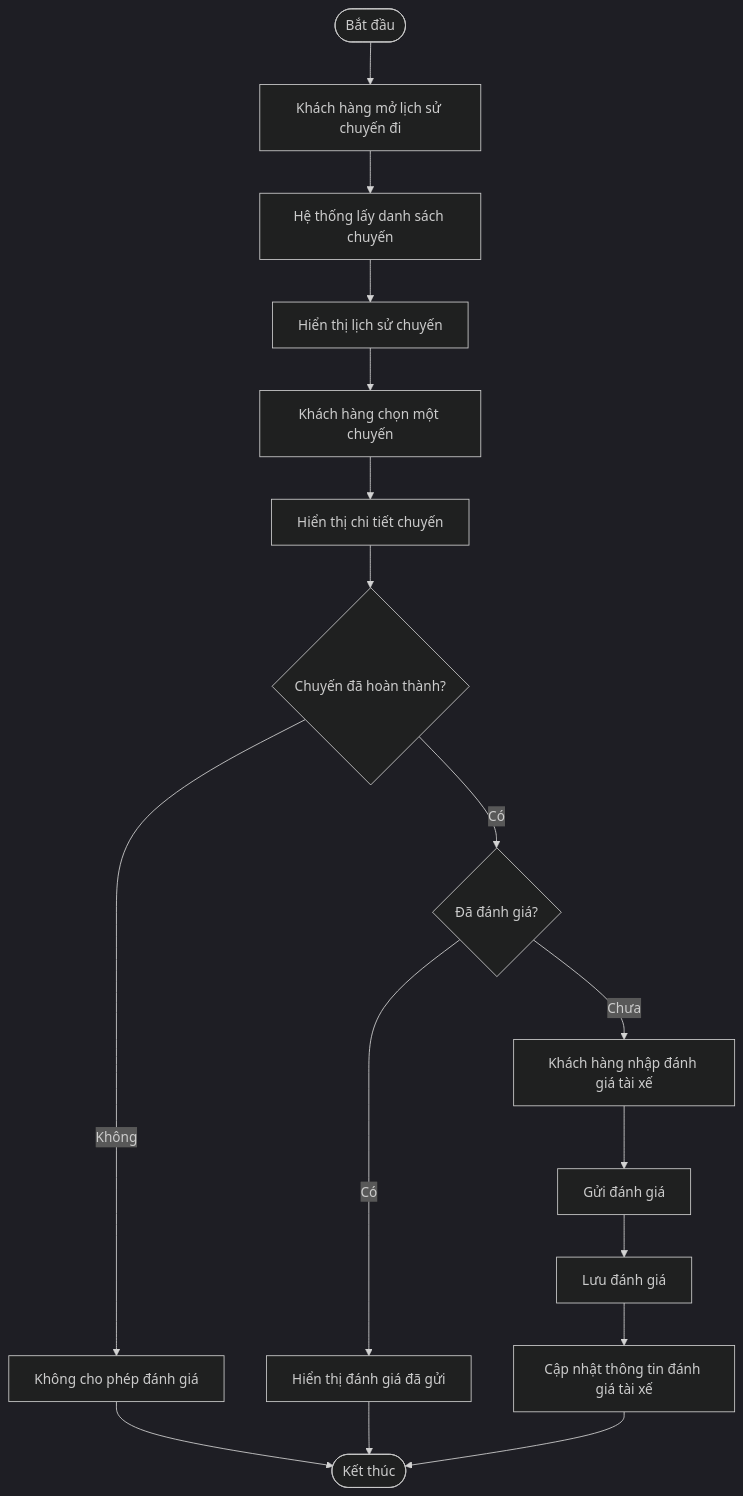
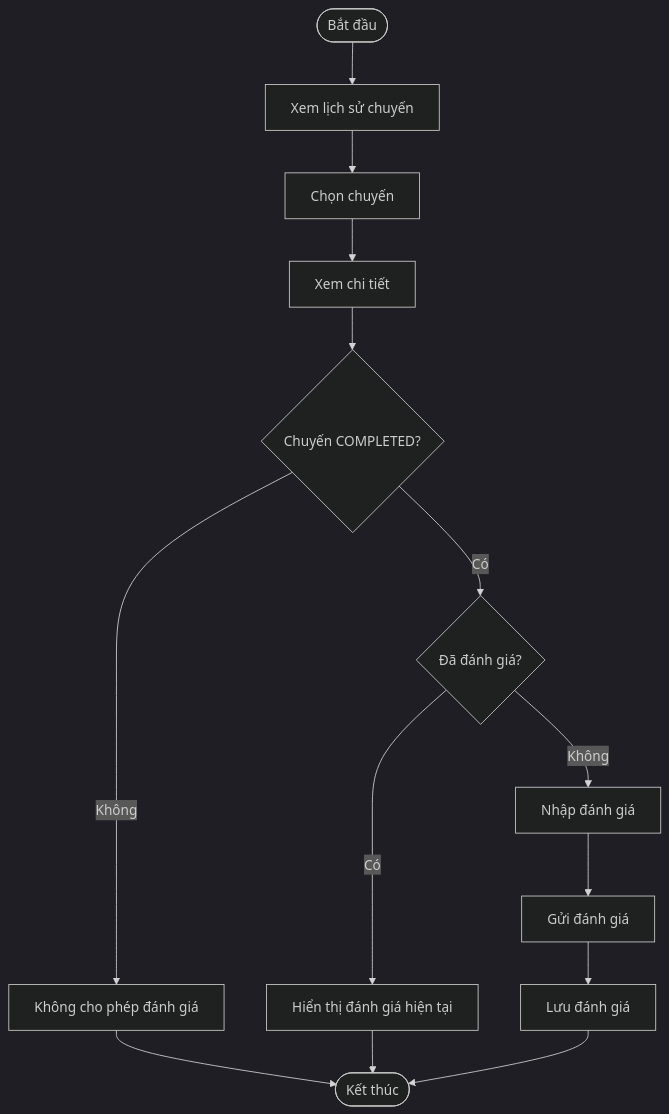
One commit to ntthuyvy0205-source/23662281_NguyenThiThuyVy_CABSYSTEM changed diagram 16 of 28 in SRS.md. Above: the diagram before and after it, drawn with Mermaid (dark theme). The commit also changed other lines of this file, not shown here.

````diff
--- a/SRS.md
+++ b/SRS.md
@@ -566,24 +2125,19 @@
 ```mermaid
 flowchart TD
-    A([Bắt đầu]) --> B[Khách hàng mở lịch sử chuyến đi]
-    B --> C[Hệ thống lấy danh sách chuyến]
-    C --> D[Hiển thị lịch sử chuyến]
+    A([Bắt đầu]) --> B[Xem lịch sử chuyến]
+    B --> C[Chọn chuyến]
+    C --> D[Xem chi tiết]
+    D --> E{Chuyến COMPLETED?}
 
-    D --> E[Khách hàng chọn một chuyến]
-    E --> F[Hiển thị chi tiết chuyến]
-    F --> G{Chuyến đã hoàn thành?}
+    E -- Không --> F[Không cho phép đánh giá]
+    F --> Z([Kết thúc])
 
-    G -- Không --> H[Không cho phép đánh giá]
-    H --> Z([Kết thúc])
+    E -- Có --> G{Đã đánh giá?}
+    G -- Có --> H[Hiển thị đánh giá hiện tại]
+    H --> Z
 
-    G -- Có --> I{Đã đánh giá?}
-
-    I -- Có --> J[Hiển thị đánh giá đã gửi]
-    J --> Z
-
-    I -- Chưa --> K[Khách hàng nhập đánh giá tài xế]
-    K --> L[Gửi đánh giá]
-    L --> M[Lưu đánh giá]
-    M --> N[Cập nhật thông tin đánh giá tài xế]
-    N --> Z
+    G -- Không --> I[Nhập đánh giá]
+    I --> J[Gửi đánh giá]
+    J --> K[Lưu đánh giá]
+    K --> Z
 ```
````
